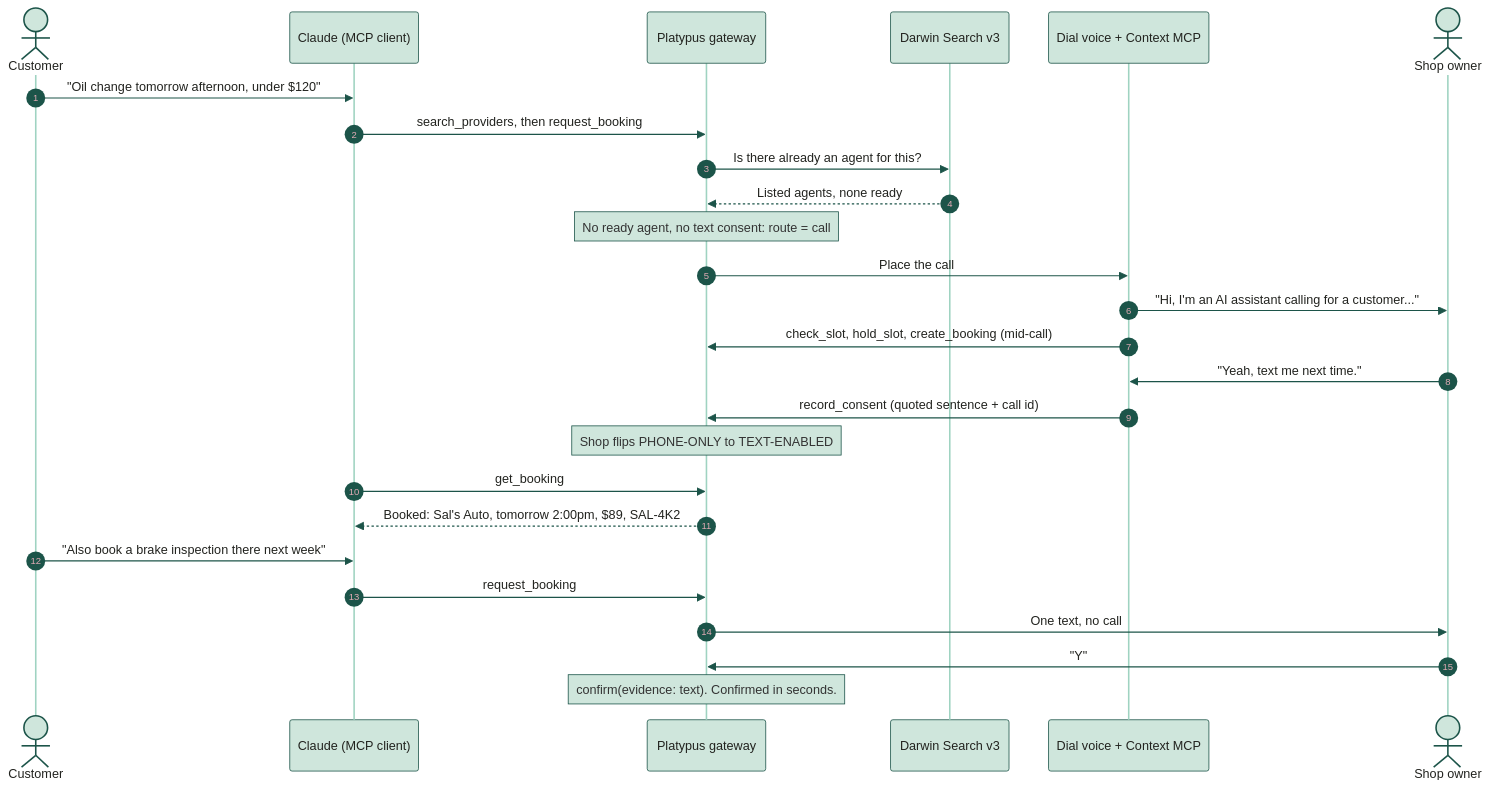
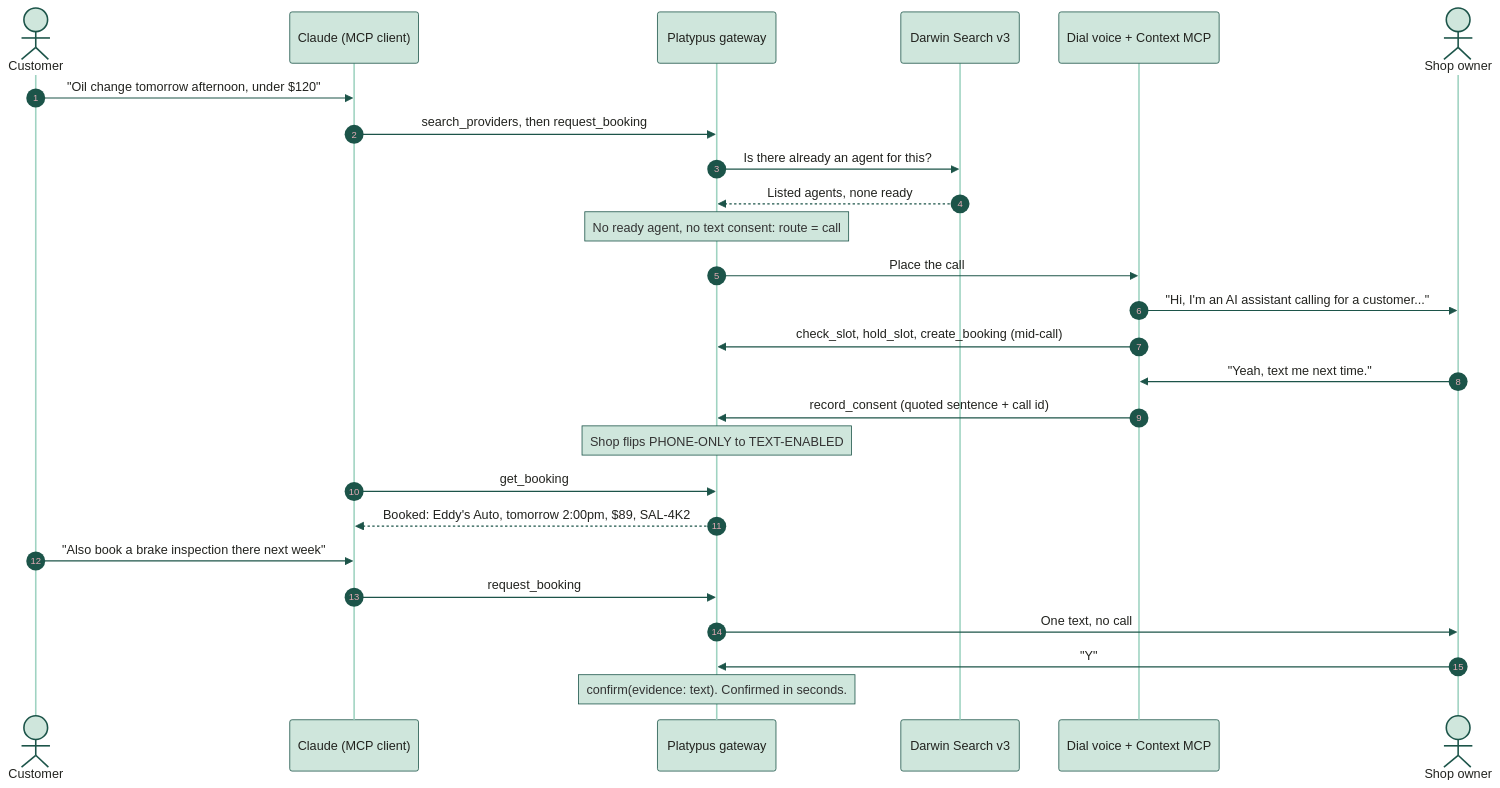
Before and after one commit to KarthikSubramanian07/Platypus: the first of 6 diagrams in README.md, drawn with Mermaid. The commit also changed other lines of this file and 41 other files, not shown here.

First line of the commit message:
Rename the demo shop to Eddy's Auto, owner-sim included

````diff
--- a/README.md
+++ b/README.md
@@ -36,29 +36,29 @@
 ```mermaid
 %%{init: {'theme': 'base', 'themeVariables': {'fontFamily': 'ui-sans-serif, system-ui, sans-serif', 'primaryColor': '#f9f8f3', 'primaryTextColor': '#22231f', 'primaryBorderColor': '#1c5449', 'lineColor': '#1c5449', 'secondaryColor': '#cfe6dc', 'tertiaryColor': '#f4f1ea', 'clusterBkg': '#f4f1ea', 'clusterBorder': '#9fd3c1', 'actorBkg': '#cfe6dc', 'actorTextColor': '#22231f', 'actorBorder': '#1c5449', 'actorLineColor': '#9fd3c1', 'noteBkgColor': '#cfe6dc', 'noteBorderColor': '#1c5449', 'signalColor': '#1c5449', 'labelBoxBkgColor': '#f9f8f3', 'xyChart': {'plotColorPalette': '#1c5449'}}}}%%
 sequenceDiagram
     autonumber
     actor C as Customer
     participant A as Claude (MCP client)
     participant G as Platypus gateway
     participant D as Darwin Search v3
     participant V as Dial voice + Context MCP
     actor O as Shop owner
     C->>A: "Oil change tomorrow afternoon, under $120"
     A->>G: search_providers, then request_booking
     G->>D: Is there already an agent for this?
     D-->>G: Listed agents, none ready
     Note over G: No ready agent, no text consent: route = call
     G->>V: Place the call
     V->>O: "Hi, I'm an AI assistant calling for a customer..."
     V->>G: check_slot, hold_slot, create_booking (mid-call)
     O->>V: "Yeah, text me next time."
     V->>G: record_consent (quoted sentence + call id)
     Note over G: Shop flips PHONE-ONLY to TEXT-ENABLED
     A->>G: get_booking
-    G-->>A: Booked: Sal's Auto, tomorrow 2:00pm, $89, SAL-4K2
+    G-->>A: Booked: Eddy's Auto, tomorrow 2:00pm, $89, SAL-4K2
     C->>A: "Also book a brake inspection there next week"
     A->>G: request_booking
     G->>O: One text, no call
     O->>G: "Y"
     Note over G: confirm(evidence: text). Confirmed in seconds.
 ```
````
